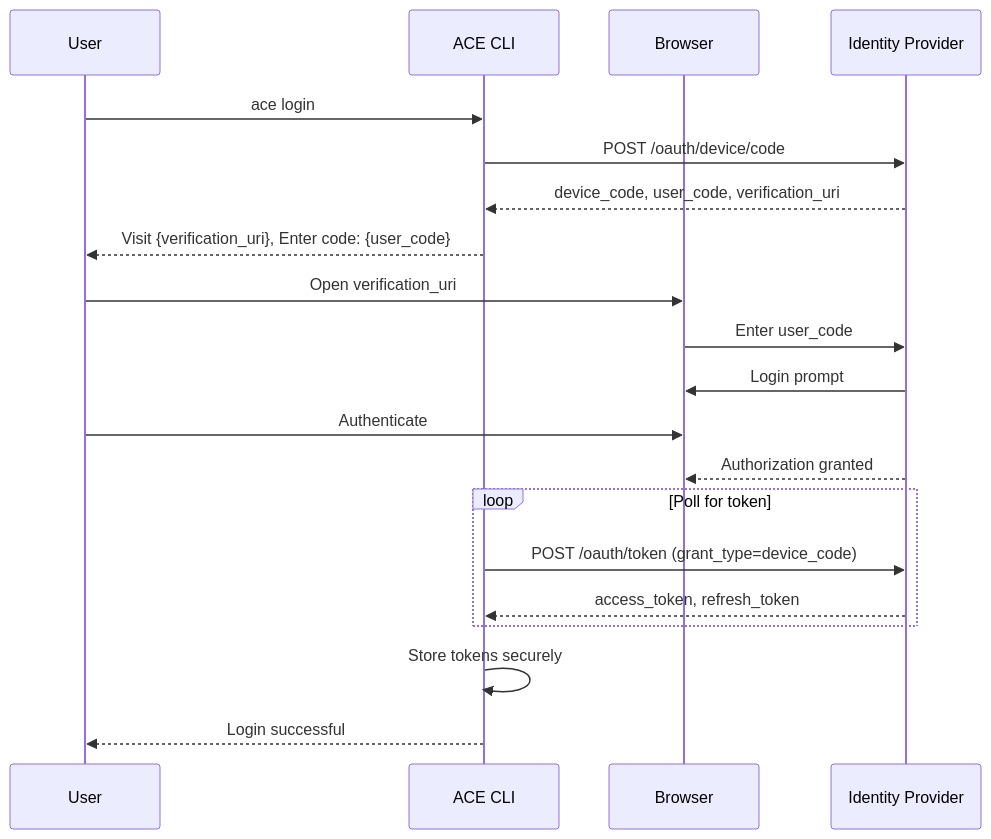
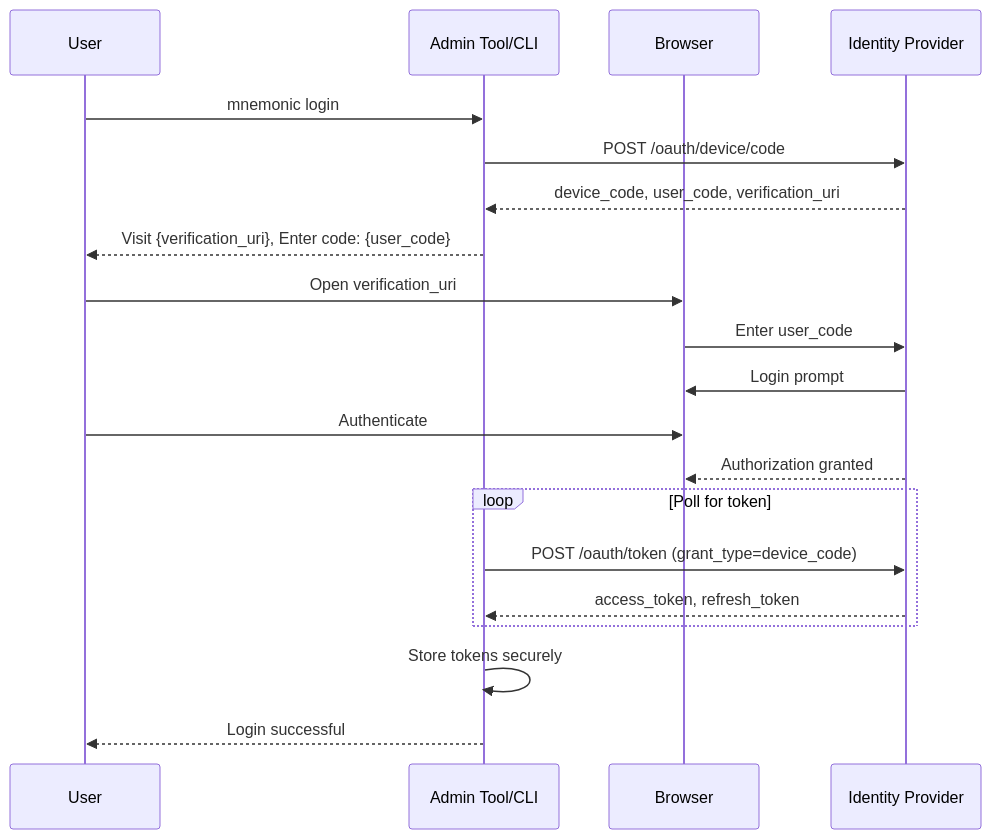
Before and after one commit to twistingmercury/mnemonic-mcp: the fifth of 10 diagrams in docs/architecture/06-security-architecture.md, drawn with Mermaid. The commit also changed other lines of this file and 63 other files, not shown here.

````diff
--- a/docs/architecture/06-security-architecture.md
+++ b/docs/architecture/06-security-architecture.md
@@ -284,26 +297,26 @@
 ```mermaid
 sequenceDiagram
     participant User
-    participant CLI as ACE CLI
+    participant ADMIN as Admin Tool/CLI
     participant Browser
     participant IDP as Identity Provider
 
-    User->>CLI: ace login
-    CLI->>IDP: POST /oauth/device/code
-    IDP-->>CLI: device_code, user_code, verification_uri
-    CLI-->>User: Visit {verification_uri}, Enter code: {user_code}
+    User->>ADMIN: mnemonic login
+    ADMIN->>IDP: POST /oauth/device/code
+    IDP-->>ADMIN: device_code, user_code, verification_uri
+    ADMIN-->>User: Visit {verification_uri}, Enter code: {user_code}
 
     User->>Browser: Open verification_uri
     Browser->>IDP: Enter user_code
     IDP->>Browser: Login prompt
     User->>Browser: Authenticate
     IDP-->>Browser: Authorization granted
 
     loop Poll for token
-        CLI->>IDP: POST /oauth/token (grant_type=device_code)
-        IDP-->>CLI: access_token, refresh_token
+        ADMIN->>IDP: POST /oauth/token (grant_type=device_code)
+        IDP-->>ADMIN: access_token, refresh_token
     end
 
-    CLI->>CLI: Store tokens securely
-    CLI-->>User: Login successful
+    ADMIN->>ADMIN: Store tokens securely
+    ADMIN-->>User: Login successful
 ```
````
